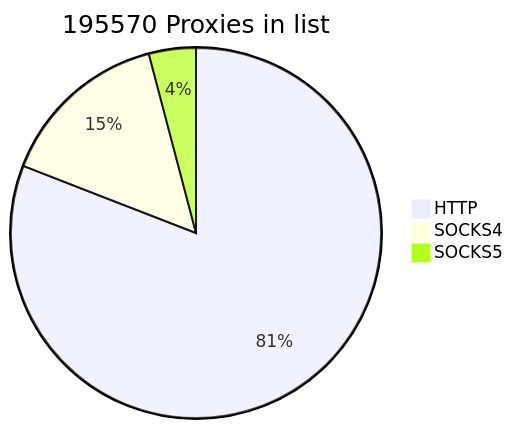
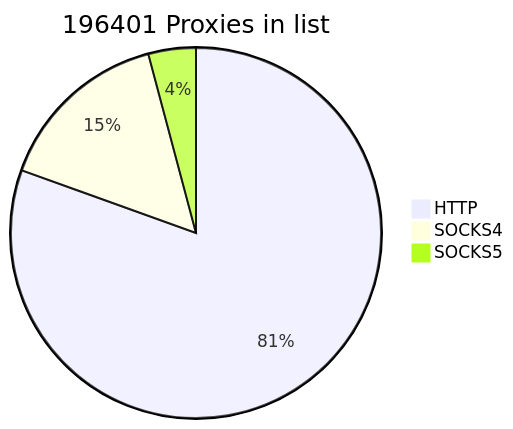
The first of 2 diagrams in README.md (cutipu/proxylist), drawn with Mermaid before and after one commit. The commit also changed other lines of this file, not shown here.

````diff
--- a/README.md
+++ b/README.md
@@ -2,7 +2,7 @@
 ```mermaid
-pie title 195570 Proxies in list
-    "HTTP" : 158205
-    "SOCKS4" : 29344
-    "SOCKS5" : 8021
+pie title 196401 Proxies in list
+    "HTTP" : 158105
+    "SOCKS4" : 30158
+    "SOCKS5" : 8138
             
 ```
````
